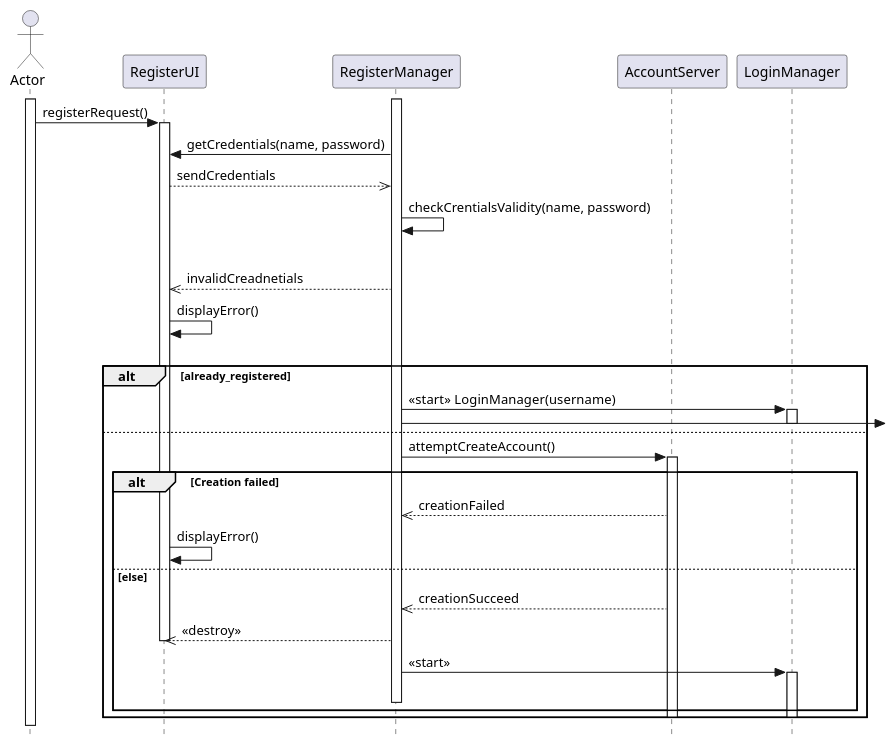
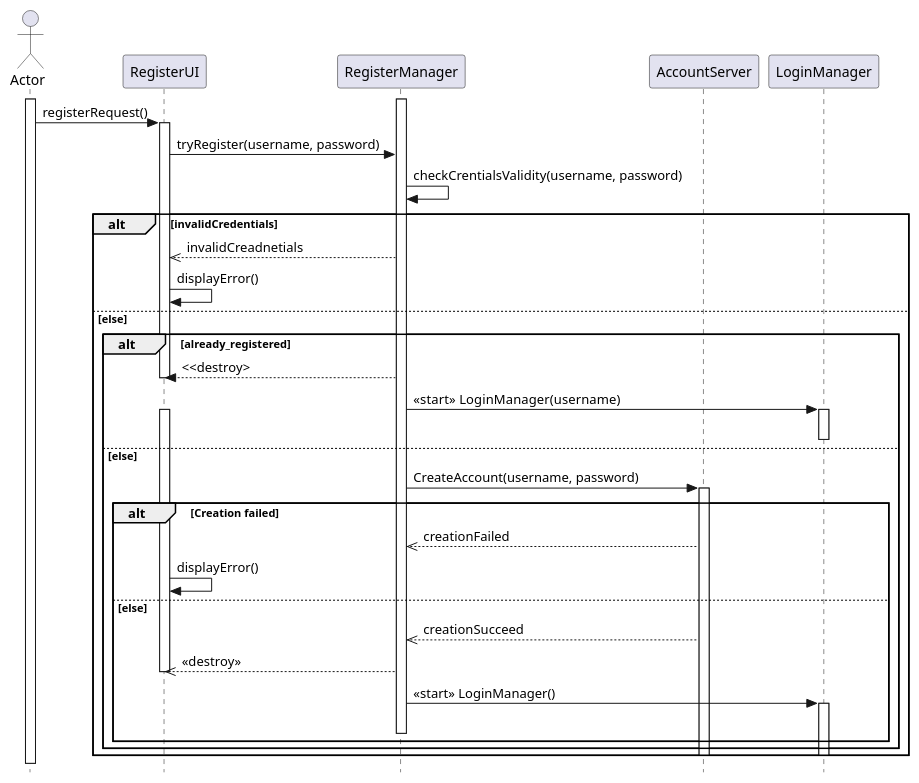
One commit to ulb-info2-group5/Royal-Blocks changed the diagram in SRD-DOC/uml/sequence/inscription/inscription.plantuml. Above: the diagram before and after it, drawn with PlantUML. The commit also changed 5 other files, not shown here.

Commit message:
update sequence diagram and class diagram connexion

```diff
--- a/SRD-DOC/uml/sequence/inscription/inscription.plantuml
+++ b/SRD-DOC/uml/sequence/inscription/inscription.plantuml
@@ -1,47 +1,53 @@
 @startuml 
 
 skinparam style strictuml
 
 actor Actor
 participant RegisterUI
 participant RegisterManager
 participant AccountServer
 participant LoginManager
 activate Actor
 activate RegisterManager
 
 Actor -> RegisterUI : registerRequest()
 activate RegisterUI
-RegisterUI <- RegisterManager : getCredentials(name, password)
-RegisterUI -->> RegisterManager : sendCredentials
-RegisterManager -> RegisterManager : checkCrentialsValidity(name, password)
+RegisterUI -> RegisterManager : tryRegister(username, password)
+
+RegisterManager -> RegisterManager : checkCrentialsValidity(username, password)
 alt invalidCredentials
-RegisterManager -->> RegisterUI : invalidCreadnetials
-RegisterUI -> RegisterUI : displayError()
+    RegisterManager -->> RegisterUI : invalidCreadnetials
+    RegisterUI -> RegisterUI : displayError()
 else else
-alt already_registered
-RegisterManager -> LoginManager : <<start>>  LoginManager(username)
-activate LoginManager
-RegisterManager -> 
-deactivate LoginManager
-else 
-RegisterManager -> AccountServer : attemptCreateAccount()
-activate AccountServer
-alt Creation failed
-AccountServer -->> RegisterManager : creationFailed
-RegisterUI -> RegisterUI : displayError()
-else else 
-AccountServer -->> RegisterManager : creationSucceed
-RegisterManager -->> RegisterUI : <<destroy>>
-deactivate RegisterUI
+    alt already_registered
+        RegisterManager --> RegisterUI : <<destroy>
+        deactivate RegisterUI
+        RegisterManager -> LoginManager : <<start>>  LoginManager(username)
+        activate LoginManager
+        
+        deactivate LoginManager
+         
+    else else
+        activate RegisterUI 
+        RegisterManager -> AccountServer : CreateAccount(username, password)
+       
 
-RegisterManager -> LoginManager : <<start>>
+        activate AccountServer
+    alt Creation failed
+        AccountServer -->> RegisterManager : creationFailed
+        RegisterUI -> RegisterUI : displayError()
+    else else 
+        AccountServer -->> RegisterManager : creationSucceed
+        RegisterManager -->> RegisterUI : <<destroy>>
+        deactivate RegisterUI
+
+RegisterManager -> LoginManager : <<start>> LoginManager()
 activate LoginManager
 deactivate RegisterManager
-
+end
 end
 deactivate LoginManager
 deactivate AccountServer 
 end
  
 @enduml
```
